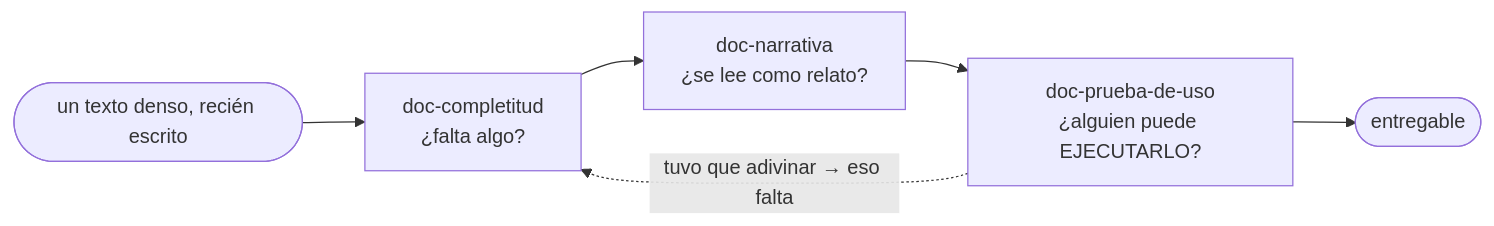
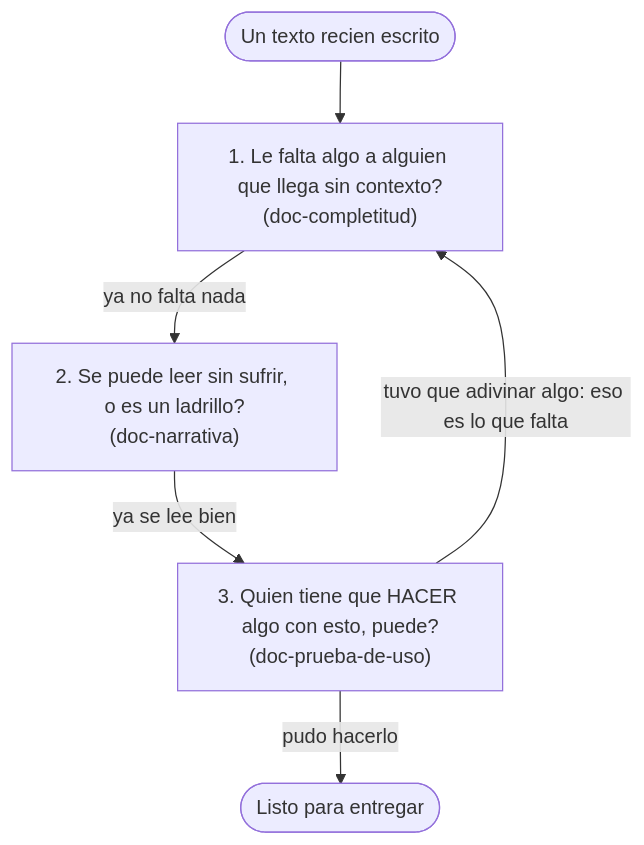
The second of 3 diagrams in README.md (JoaquinMulet/kumo-skills), drawn with Mermaid before and after one commit. The commit also changed other lines of this file and 1 other file, not shown here.

````diff
--- a/README.md
+++ b/README.md
@@ -66,8 +90,8 @@
 ```mermaid
-flowchart LR
-  T(["un texto denso, recién escrito"]) --> C1["doc-completitud<br/>¿falta algo?"]
-  C1 --> C2["doc-narrativa<br/>¿se lee como relato?"]
-  C2 --> C3["doc-prueba-de-uso<br/>¿alguien puede EJECUTARLO?"]
-  C3 --> OK(["entregable"])
-  C3 -.->|"tuvo que adivinar → eso falta"| C1
+flowchart TD
+  T(["Un texto recien escrito"]) --> C1
+  C1["1. Le falta algo a alguien que llega sin contexto?<br/>(doc-completitud)"] -->|"ya no falta nada"| C2
+  C2["2. Se puede leer sin sufrir, o es un ladrillo?<br/>(doc-narrativa)"] -->|"ya se lee bien"| C3
+  C3["3. Quien tiene que HACER algo con esto, puede?<br/>(doc-prueba-de-uso)"] -->|"pudo hacerlo"| OK(["Listo para entregar"])
+  C3 -->|"tuvo que adivinar algo: eso es lo que falta"| C1
 ```
````
